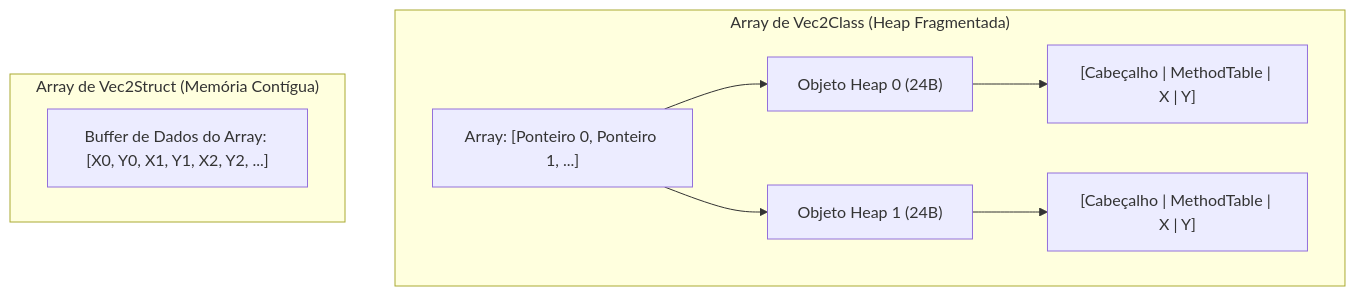
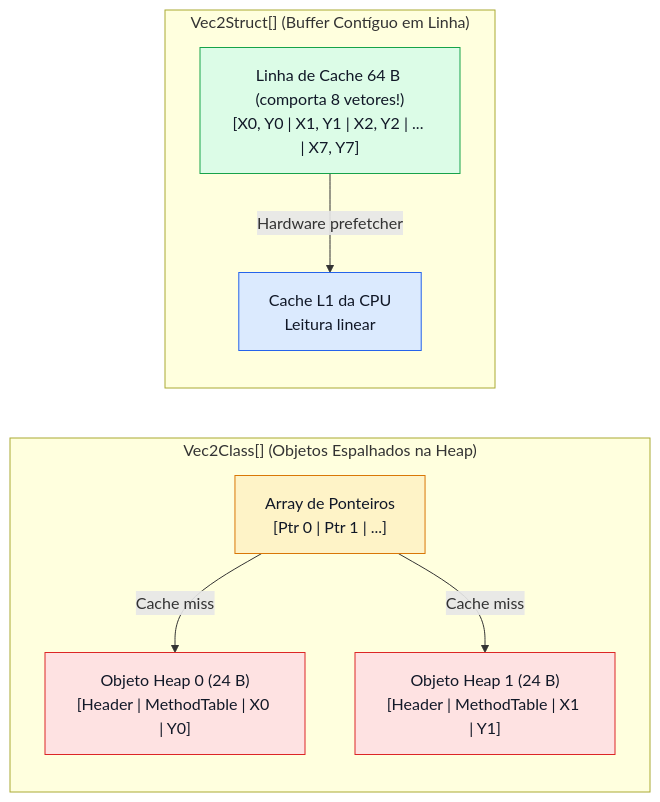
The diagram in CSharpLessons/StructVsClass/Tutorial/pt-br.md (LevyArsOS/csharp-lessons), drawn with Mermaid before and after one commit. The commit also changed other lines of this file and 1 other file, not shown here.

First line of the commit message:
docs(struct-vs-class): expand tutorials and upgrade Mermaid diagram

````diff
--- a/CSharpLessons/StructVsClass/Tutorial/pt-br.md
+++ b/CSharpLessons/StructVsClass/Tutorial/pt-br.md
@@ -41,13 +42,16 @@
 ```mermaid
-flowchart TD
-    subgraph ClassLayout["Array de Vec2Class (Heap Fragmentada)"]
-        A["Array: [Ponteiro 0, Ponteiro 1, ...]"] --> H0["Objeto Heap 0 (24B)"]
-        A --> H1["Objeto Heap 1 (24B)"]
-        H0 --> D0["[Cabeçalho | MethodTable | X | Y]"]
-        H1 --> D1["[Cabeçalho | MethodTable | X | Y]"]
+flowchart LR
+    classDef slow fill:#fee2e2,stroke:#dc2626,color:#111827
+    classDef fast fill:#dcfce7,stroke:#16a34a,color:#111827
+    classDef hw fill:#dbeafe,stroke:#2563eb,color:#111827
+    classDef warn fill:#fef3c7,stroke:#d97706,color:#111827
+
+    subgraph ClassLayout["Vec2Class[] (Objetos Espalhados na Heap)"]
+        A["Array de Ponteiros<br/>[Ptr 0 | Ptr 1 | ...]"]:::warn -->|"Cache miss"| H0["Objeto Heap 0 (24 B)<br/>[Header | MethodTable | X0 | Y0]"]:::slow
+        A -->|"Cache miss"| H1["Objeto Heap 1 (24 B)<br/>[Header | MethodTable | X1 | Y1]"]:::slow
     end
 
-    subgraph StructLayout["Array de Vec2Struct (Memória Contígua)"]
-        S["Buffer de Dados do Array: [X0, Y0, X1, Y1, X2, Y2, ...]"]
+    subgraph StructLayout["Vec2Struct[] (Buffer Contíguo em Linha)"]
+        S["Linha de Cache 64 B (comporta 8 vetores!)<br/>[X0, Y0 | X1, Y1 | X2, Y2 | ... | X7, Y7]"]:::fast -->|"Hardware prefetcher"| CPU["Cache L1 da CPU<br/>Leitura linear"]:::hw
     end
 ```
````
